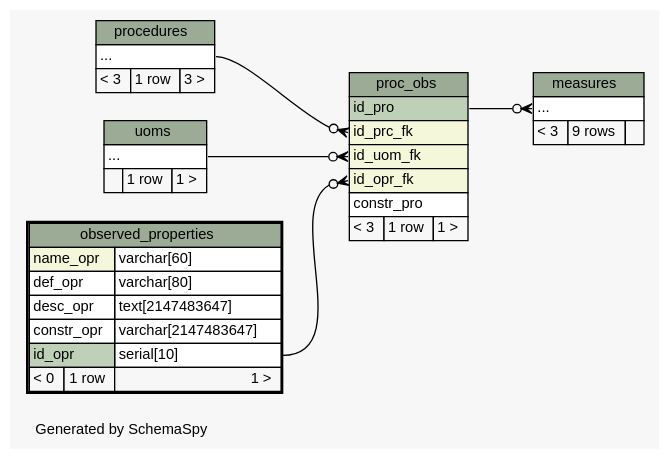
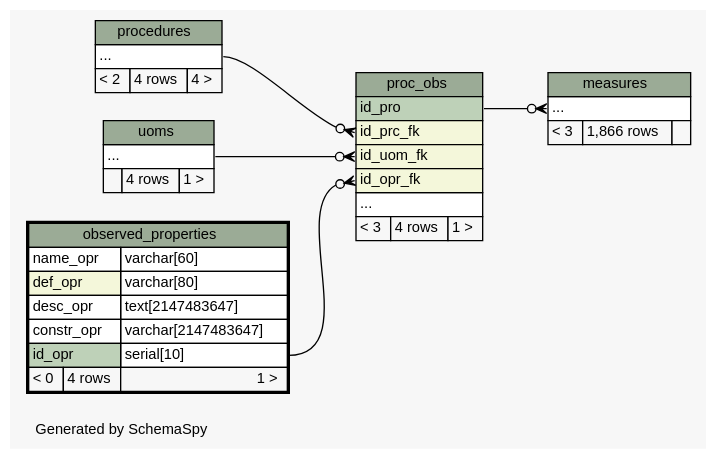
Before and after one commit to istSOS/istsos2: the diagram in documentation/_static/istsosDB/diagrams/observed_properties.2degrees.dot, drawn with Graphviz. The commit also changed 92 other files, not shown here.

Commit message:
add new schema documentation

```diff
--- a/documentation/_static/istsosDB/diagrams/observed_properties.2degrees.dot
+++ b/documentation/_static/istsosDB/diagrams/observed_properties.2degrees.dot
@@ -1,84 +1,84 @@
-// dot 2.26.3 on Linux 3.2.0-38-generic-pae
-// SchemaSpy rev 590
+// dot 2.36.0 on Linux 3.16.7-031607-generic
+// SchemaSpy rev Unknown
 digraph "twoDegreesRelationshipsDiagram" {
   graph [
     rankdir="RL"
     bgcolor="#f7f7f7"
     label="\nGenerated by SchemaSpy"
     labeljust="l"
     nodesep="0.18"
     ranksep="0.46"
     fontname="Helvetica"
     fontsize="11"
   ];
   node [
     fontname="Helvetica"
     fontsize="11"
     shape="plaintext"
   ];
   edge [
     arrowsize="0.8"
   ];
   "measures":"elipses":w -> "proc_obs":"id_pro":e [arrowhead=none dir=back arrowtail=crowodot];
   "proc_obs":"id_opr_fk":w -> "observed_properties":"id_opr.type":e [arrowhead=none dir=back arrowtail=crowodot];
   "proc_obs":"id_prc_fk":w -> "procedures":"elipses":e [arrowhead=none dir=back arrowtail=crowodot];
   "proc_obs":"id_uom_fk":w -> "uoms":"elipses":e [arrowhead=none dir=back arrowtail=crowodot];
   "measures" [
     label=<
     <TABLE BORDER="0" CELLBORDER="1" CELLSPACING="0" BGCOLOR="#ffffff">
       <TR><TD COLSPAN="3" BGCOLOR="#9bab96" ALIGN="CENTER">measures</TD></TR>
       <TR><TD PORT="elipses" COLSPAN="3" ALIGN="LEFT">...</TD></TR>
-      <TR><TD ALIGN="LEFT" BGCOLOR="#f7f7f7">&lt; 3</TD><TD ALIGN="RIGHT" BGCOLOR="#f7f7f7">9 rows</TD><TD ALIGN="RIGHT" BGCOLOR="#f7f7f7">  </TD></TR>
+      <TR><TD ALIGN="LEFT" BGCOLOR="#f7f7f7">&lt; 3</TD><TD ALIGN="RIGHT" BGCOLOR="#f7f7f7">1,866 rows</TD><TD ALIGN="RIGHT" BGCOLOR="#f7f7f7">  </TD></TR>
     </TABLE>>
     URL="measures.html"
     tooltip="measures"
   ];
   "observed_properties" [
     label=<
     <TABLE BORDER="2" CELLBORDER="1" CELLSPACING="0" BGCOLOR="#ffffff">
       <TR><TD COLSPAN="3" BGCOLOR="#9bab96" ALIGN="CENTER">observed_properties</TD></TR>
-      <TR><TD PORT="name_opr" COLSPAN="2" BGCOLOR="#f4f7da" ALIGN="LEFT">name_opr</TD><TD PORT="name_opr.type" ALIGN="LEFT">varchar[60]</TD></TR>
-      <TR><TD PORT="def_opr" COLSPAN="2" ALIGN="LEFT">def_opr</TD><TD PORT="def_opr.type" ALIGN="LEFT">varchar[80]</TD></TR>
+      <TR><TD PORT="name_opr" COLSPAN="2" ALIGN="LEFT">name_opr</TD><TD PORT="name_opr.type" ALIGN="LEFT">varchar[60]</TD></TR>
+      <TR><TD PORT="def_opr" COLSPAN="2" BGCOLOR="#f4f7da" ALIGN="LEFT">def_opr</TD><TD PORT="def_opr.type" ALIGN="LEFT">varchar[80]</TD></TR>
       <TR><TD PORT="desc_opr" COLSPAN="2" ALIGN="LEFT">desc_opr</TD><TD PORT="desc_opr.type" ALIGN="LEFT">text[2147483647]</TD></TR>
       <TR><TD PORT="constr_opr" COLSPAN="2" ALIGN="LEFT">constr_opr</TD><TD PORT="constr_opr.type" ALIGN="LEFT">varchar[2147483647]</TD></TR>
       <TR><TD PORT="id_opr" COLSPAN="2" BGCOLOR="#bed1b8" ALIGN="LEFT">id_opr</TD><TD PORT="id_opr.type" ALIGN="LEFT">serial[10]</TD></TR>
-      <TR><TD ALIGN="LEFT" BGCOLOR="#f7f7f7">&lt; 0</TD><TD ALIGN="RIGHT" BGCOLOR="#f7f7f7">1 row</TD><TD ALIGN="RIGHT" BGCOLOR="#f7f7f7">1 &gt;</TD></TR>
+      <TR><TD ALIGN="LEFT" BGCOLOR="#f7f7f7">&lt; 0</TD><TD ALIGN="RIGHT" BGCOLOR="#f7f7f7">4 rows</TD><TD ALIGN="RIGHT" BGCOLOR="#f7f7f7">1 &gt;</TD></TR>
     </TABLE>>
     URL="observed_properties.html"
     tooltip="observed_properties"
   ];
   "proc_obs" [
     label=<
     <TABLE BORDER="0" CELLBORDER="1" CELLSPACING="0" BGCOLOR="#ffffff">
       <TR><TD COLSPAN="3" BGCOLOR="#9bab96" ALIGN="CENTER">proc_obs</TD></TR>
       <TR><TD PORT="id_pro" COLSPAN="3" BGCOLOR="#bed1b8" ALIGN="LEFT">id_pro</TD></TR>
       <TR><TD PORT="id_prc_fk" COLSPAN="3" BGCOLOR="#f4f7da" ALIGN="LEFT">id_prc_fk</TD></TR>
       <TR><TD PORT="id_uom_fk" COLSPAN="3" BGCOLOR="#f4f7da" ALIGN="LEFT">id_uom_fk</TD></TR>
       <TR><TD PORT="id_opr_fk" COLSPAN="3" BGCOLOR="#f4f7da" ALIGN="LEFT">id_opr_fk</TD></TR>
-      <TR><TD PORT="constr_pro" COLSPAN="3" ALIGN="LEFT">constr_pro</TD></TR>
-      <TR><TD ALIGN="LEFT" BGCOLOR="#f7f7f7">&lt; 3</TD><TD ALIGN="RIGHT" BGCOLOR="#f7f7f7">1 row</TD><TD ALIGN="RIGHT" BGCOLOR="#f7f7f7">1 &gt;</TD></TR>
+      <TR><TD PORT="elipses" COLSPAN="3" ALIGN="LEFT">...</TD></TR>
+      <TR><TD ALIGN="LEFT" BGCOLOR="#f7f7f7">&lt; 3</TD><TD ALIGN="RIGHT" BGCOLOR="#f7f7f7">4 rows</TD><TD ALIGN="RIGHT" BGCOLOR="#f7f7f7">1 &gt;</TD></TR>
     </TABLE>>
     URL="proc_obs.html"
     tooltip="proc_obs"
   ];
   "procedures" [
     label=<
     <TABLE BORDER="0" CELLBORDER="1" CELLSPACING="0" BGCOLOR="#ffffff">
       <TR><TD COLSPAN="3" BGCOLOR="#9bab96" ALIGN="CENTER">procedures</TD></TR>
       <TR><TD PORT="elipses" COLSPAN="3" ALIGN="LEFT">...</TD></TR>
-      <TR><TD ALIGN="LEFT" BGCOLOR="#f7f7f7">&lt; 3</TD><TD ALIGN="RIGHT" BGCOLOR="#f7f7f7">1 row</TD><TD ALIGN="RIGHT" BGCOLOR="#f7f7f7">3 &gt;</TD></TR>
+      <TR><TD ALIGN="LEFT" BGCOLOR="#f7f7f7">&lt; 2</TD><TD ALIGN="RIGHT" BGCOLOR="#f7f7f7">4 rows</TD><TD ALIGN="RIGHT" BGCOLOR="#f7f7f7">4 &gt;</TD></TR>
     </TABLE>>
     URL="procedures.html"
     tooltip="procedures"
   ];
   "uoms" [
     label=<
     <TABLE BORDER="0" CELLBORDER="1" CELLSPACING="0" BGCOLOR="#ffffff">
       <TR><TD COLSPAN="3" BGCOLOR="#9bab96" ALIGN="CENTER">uoms</TD></TR>
       <TR><TD PORT="elipses" COLSPAN="3" ALIGN="LEFT">...</TD></TR>
-      <TR><TD ALIGN="LEFT" BGCOLOR="#f7f7f7">  </TD><TD ALIGN="RIGHT" BGCOLOR="#f7f7f7">1 row</TD><TD ALIGN="RIGHT" BGCOLOR="#f7f7f7">1 &gt;</TD></TR>
+      <TR><TD ALIGN="LEFT" BGCOLOR="#f7f7f7">  </TD><TD ALIGN="RIGHT" BGCOLOR="#f7f7f7">4 rows</TD><TD ALIGN="RIGHT" BGCOLOR="#f7f7f7">1 &gt;</TD></TR>
     </TABLE>>
     URL="uoms.html"
     tooltip="uoms"
   ];
 }
```
